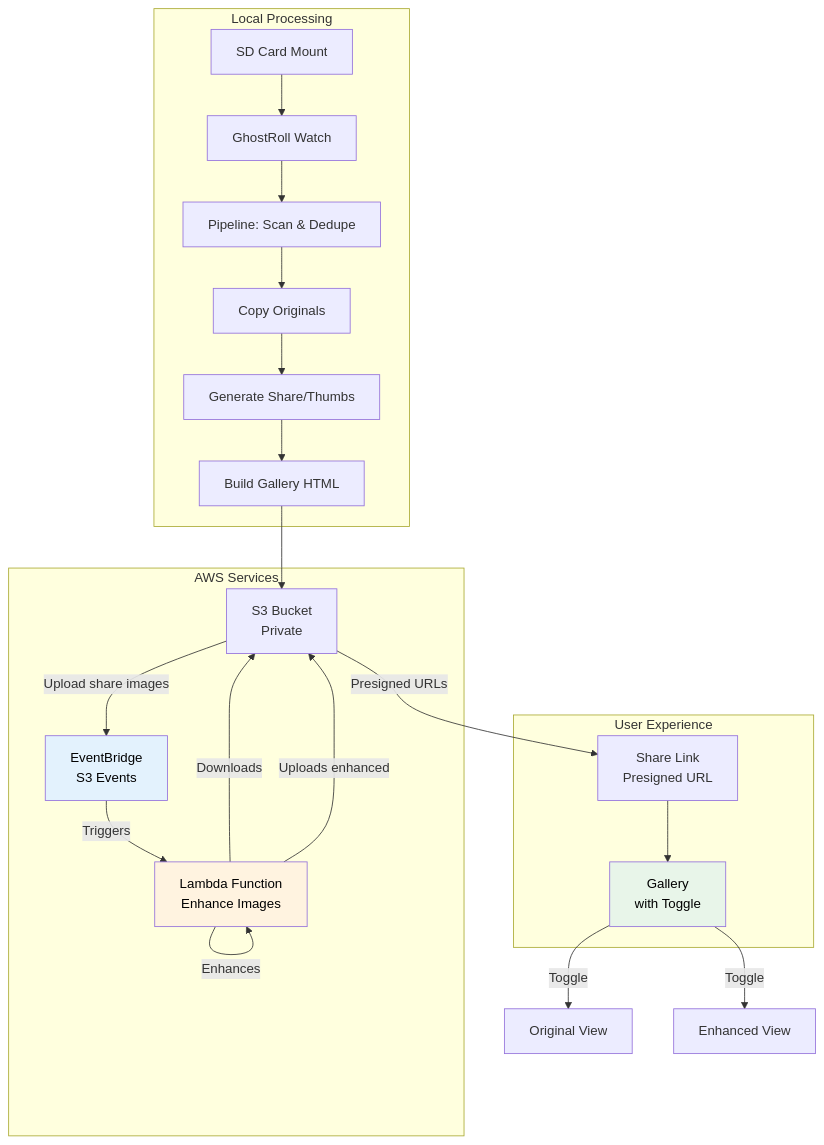
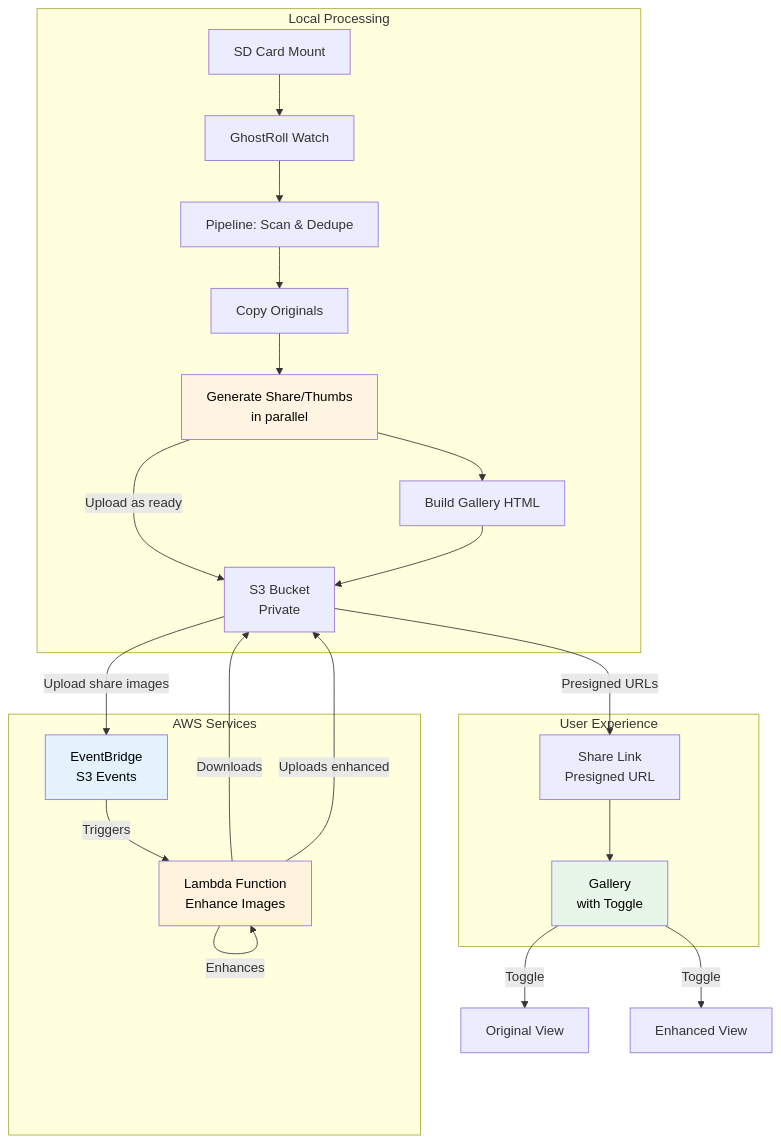
Before and after one commit to samjhill/ghostroll: the first of 2 diagrams in docs/how-it-works-high-level.md, drawn with Mermaid. The commit also changed other lines of this file and 2 other files, not shown here.

First line of the commit message:
docs: update documentation for parallel processing feature

````diff
--- a/docs/how-it-works-high-level.md
+++ b/docs/how-it-works-high-level.md
@@ -167,36 +165,38 @@
 ```mermaid
 flowchart TB
     subgraph "Local Processing"
         A[SD Card Mount] --> B[GhostRoll Watch]
         B --> C[Pipeline: Scan & Dedupe]
         C --> D[Copy Originals]
-        D --> E[Generate Share/Thumbs]
+        D --> E[Generate Share/Thumbs<br/>in parallel]
+        E -->|Upload as ready| G[S3 Bucket<br/>Private]
         E --> F[Build Gallery HTML]
     end
     
     subgraph "AWS Services"
-        G[S3 Bucket<br/>Private] 
+        G 
         H[Lambda Function<br/>Enhance Images]
         I[EventBridge<br/>S3 Events]
     end
     
     subgraph "User Experience"
         J[Share Link<br/>Presigned URL]
         K[Gallery<br/>with Toggle]
     end
     
     F --> G
     G -->|Upload share images| I
     I -->|Triggers| H
     H -->|Downloads| G
     H -->|Enhances| H
     H -->|Uploads enhanced| G
     G -->|Presigned URLs| J
     J --> K
     K -->|Toggle| L[Original View]
     K -->|Toggle| M[Enhanced View]
     
+    style E fill:#fff4e1,color:#000
     style H fill:#fff3e0,color:#000
     style I fill:#e3f2fd,color:#000
     style K fill:#e8f5e9,color:#000
 ```
````
